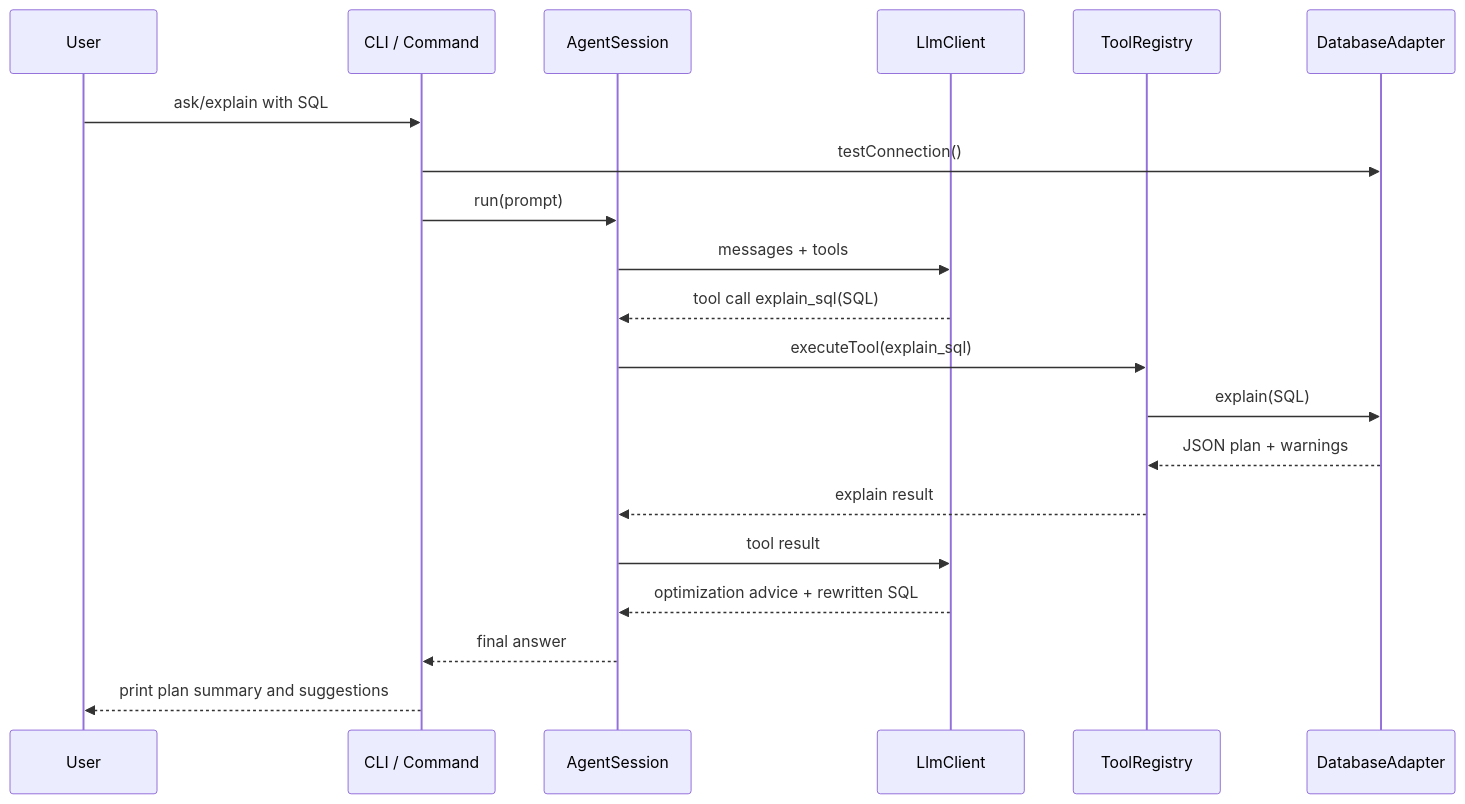
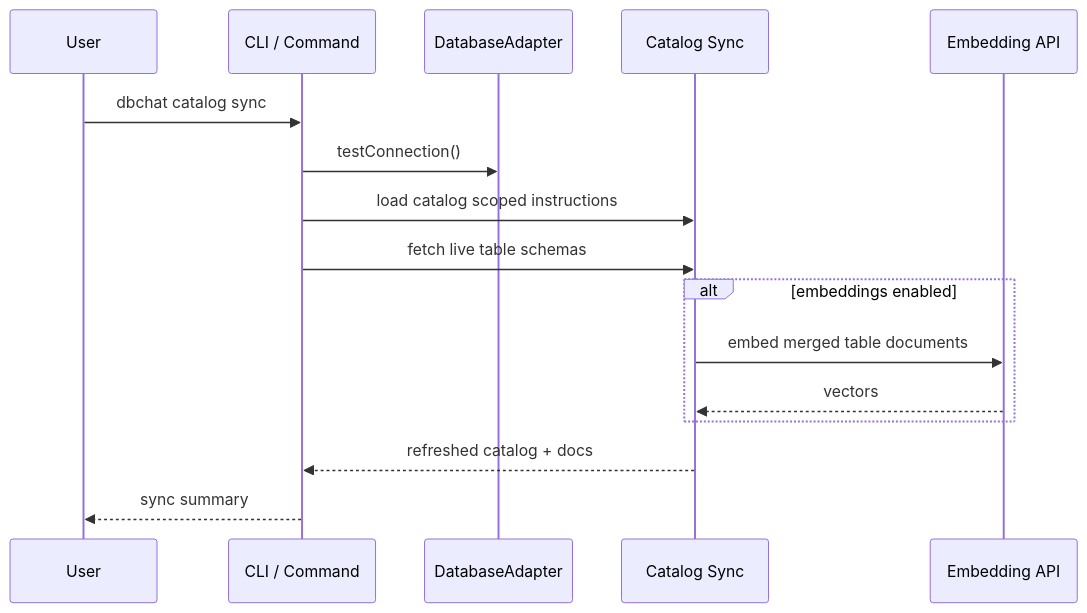
Before and after one commit to Codewarning/dbchat-cli: the fifth of 6 diagrams in docs/architecture-diagrams.md, drawn with Mermaid. The commit also changed other lines of this file and 84 other files, not shown here.

````diff
--- a/docs/architecture-diagrams.md
+++ b/docs/architecture-diagrams.md
@@ -177,23 +168,19 @@
 ```mermaid
 sequenceDiagram
     participant User
     participant CLI as CLI / Command
-    participant Agent as AgentSession
-    participant LLM as LlmClient
-    participant Tools as ToolRegistry
     participant DB as DatabaseAdapter
+    participant Catalog as Catalog Sync
+    participant Embed as Embedding API
 
-    User->>CLI: ask/explain with SQL
+    User->>CLI: dbchat catalog sync
     CLI->>DB: testConnection()
-    CLI->>Agent: run(prompt)
-    Agent->>LLM: messages + tools
-    LLM-->>Agent: tool call explain_sql(SQL)
-    Agent->>Tools: executeTool(explain_sql)
-    Tools->>DB: explain(SQL)
-    DB-->>Tools: JSON plan + warnings
-    Tools-->>Agent: explain result
-    Agent->>LLM: tool result
-    LLM-->>Agent: optimization advice + rewritten SQL
-    Agent-->>CLI: final answer
-    CLI-->>User: print plan summary and suggestions
+    CLI->>Catalog: load catalog scoped instructions
+    CLI->>Catalog: fetch live table schemas
+    alt embeddings enabled
+        Catalog->>Embed: embed merged table documents
+        Embed-->>Catalog: vectors
+    end
+    Catalog-->>CLI: refreshed catalog + docs
+    CLI-->>User: sync summary
 ```
````
